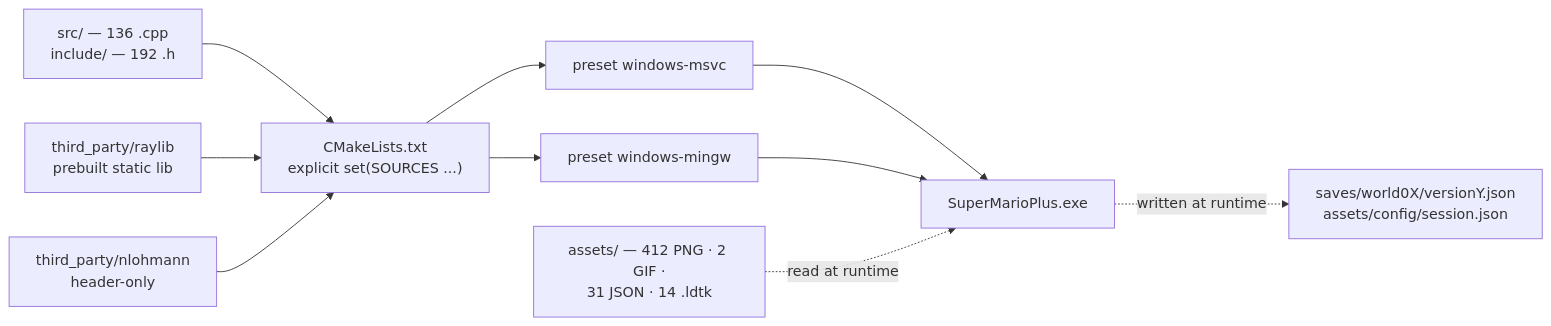
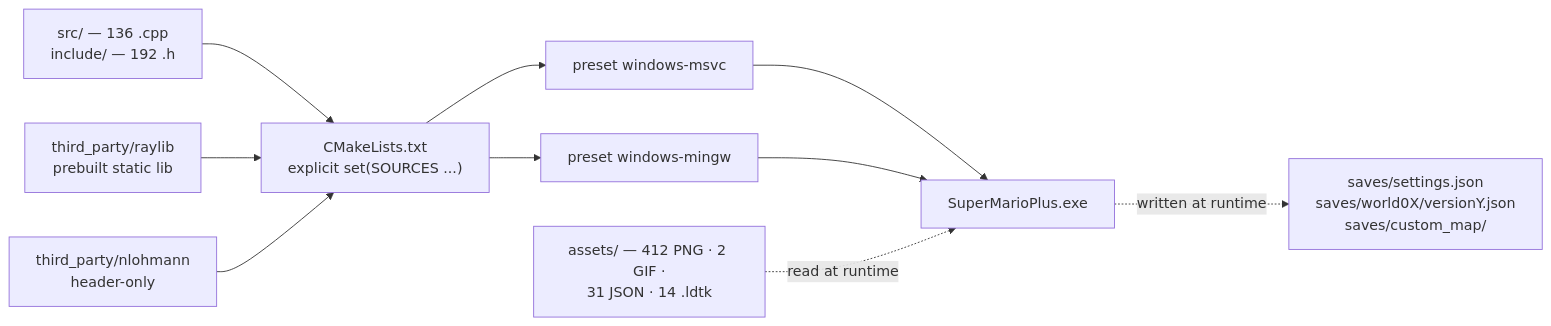
Diagram 53 of 53 in Group51/SuperMarioPlus_Design_Report.md (ltbinh812/Super_Mario_Plus), drawn with Mermaid before and after one commit. The commit also changed other lines of this file and 85 other files, not shown here.

````diff
--- a/Group51/SuperMarioPlus_Design_Report.md
+++ b/Group51/SuperMarioPlus_Design_Report.md
@@ -2742,12 +3101,12 @@
 ```mermaid
 flowchart LR
     SRC["src/ — 136 .cpp<br/>include/ — 192 .h"] --> CM["CMakeLists.txt<br/>explicit set(SOURCES ...)"]
     RL["third_party/raylib<br/>prebuilt static lib"] --> CM
     JS["third_party/nlohmann<br/>header-only"] --> CM
     CM --> P1["preset windows-msvc"]
     CM --> P2["preset windows-mingw"]
     P1 --> EXE["SuperMarioPlus.exe"]
     P2 --> EXE
     AS["assets/ — 412 PNG · 2 GIF ·<br/>31 JSON · 14 .ldtk"] -.->|"read at runtime"| EXE
-    EXE -.->|"written at runtime"| OUT["saves/world0X/versionY.json<br/>assets/config/session.json"]
+    EXE -.->|"written at runtime"| OUT["saves/settings.json<br/>saves/world0X/versionY.json<br/>saves/custom_map/"]
 ```
````
